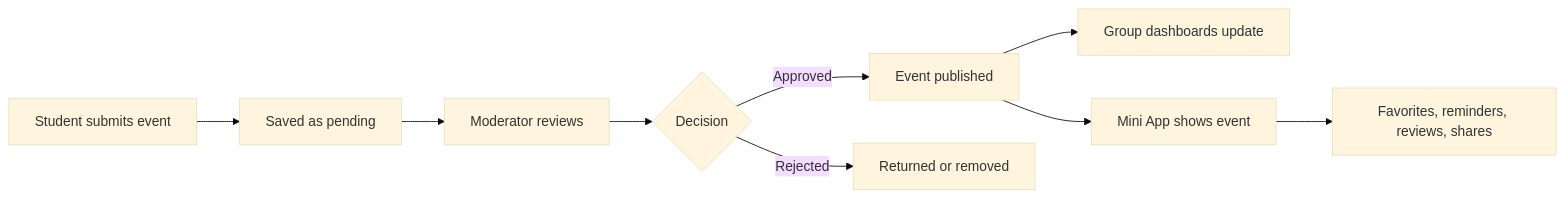
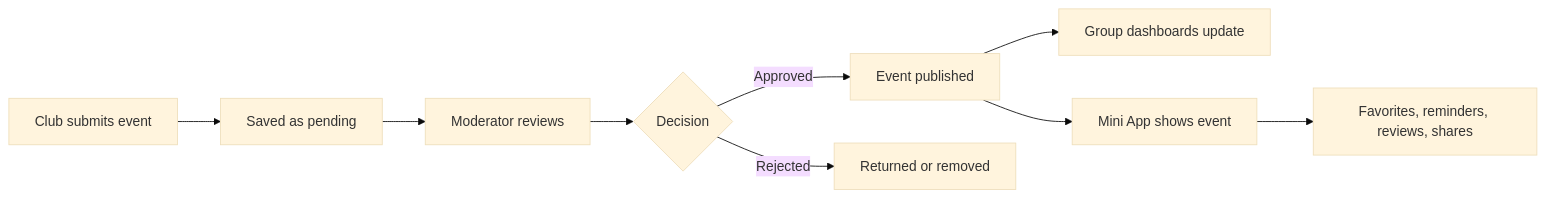
Before and after one commit to anxchywl/EventsBot: the diagram in README.md, drawn with Mermaid (base theme). The commit also changed other lines of this file and 7 other files, not shown here.

````diff
--- a/README.md
+++ b/README.md
@@ -81,11 +32,11 @@
 ```mermaid
 flowchart LR
-    A["Student submits event"] --> B["Saved as pending"]
+    A["Club submits event"] --> B["Saved as pending"]
     B --> C["Moderator reviews"]
     C --> D{"Decision"}
     D -->|Approved| E["Event published"]
     D -->|Rejected| F["Returned or removed"]
     E --> G["Group dashboards update"]
     E --> H["Mini App shows event"]
     H --> I["Favorites, reminders, reviews, shares"]
 ```
````
